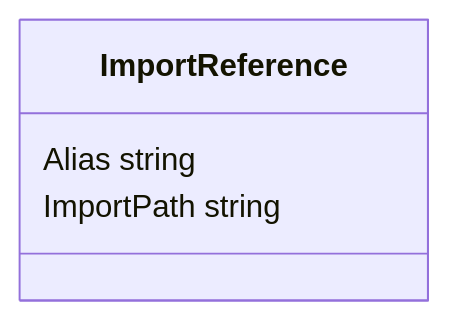
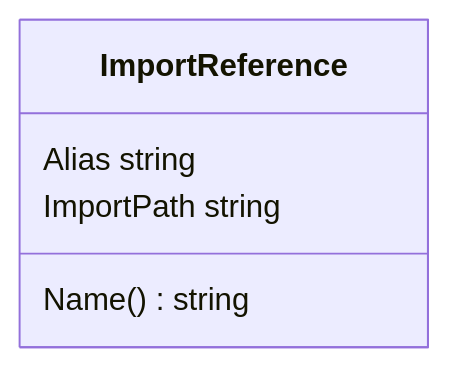
The fourth of 17 diagrams in docs/model/model.md (theunrepentantgeek/crddoc), drawn with Mermaid before and after one commit. The commit also changed other lines of this file and 8 other files, not shown here.

````diff
--- a/docs/model/model.md
+++ b/docs/model/model.md
@@ -144,19 +199,20 @@
 ```mermaid
 ---
   config:
     class:
       hideEmptyMembersBox: true
 ---
 classDiagram
 
 class ImportReference["ImportReference"]{  
       Alias string  
-      ImportPath string
+      ImportPath string  
+      Name()string
 
 
 } 
 
 
 
 
 ```
````
